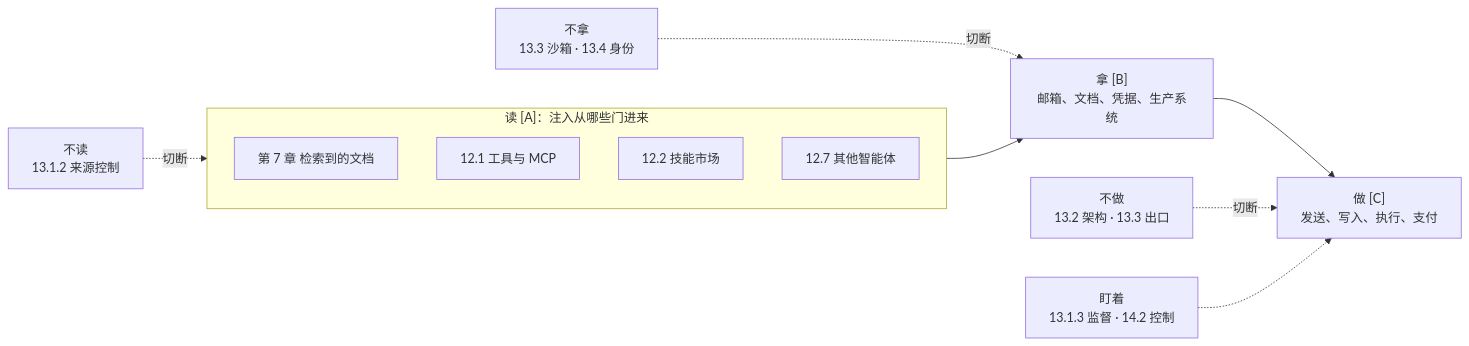
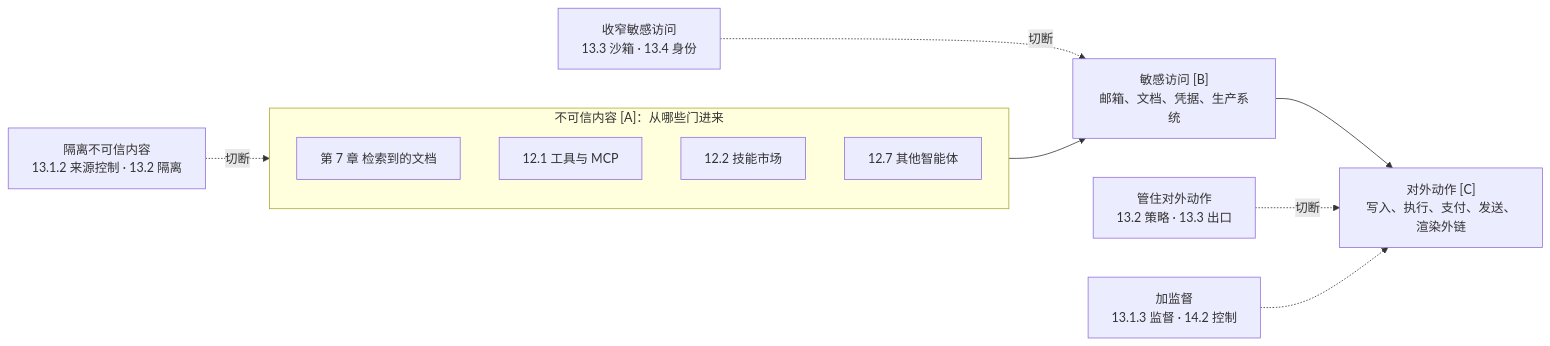
The diagram in 11_agent_foundations/README.md (yeasy/ai_security_guide), drawn with Mermaid before and after one commit. The commit also changed other lines of this file and 10 other files, not shown here.

First line of the commit message:
docs(智能体篇): 主线改为「不可信内容 / 敏感访问 / 对外动作」，并按不可信来源组织安全模型

````diff
--- a/11_agent_foundations/README.md
+++ b/11_agent_foundations/README.md
@@ -15,15 +19,15 @@
 ```mermaid
 flowchart LR
-    subgraph read ["读 [A]：注入从哪些门进来"]
+    subgraph read ["不可信内容 [A]：从哪些门进来"]
     R1["第 7 章 检索到的文档"]
     R2["12.1 工具与 MCP"]
     R3["12.2 技能市场"]
     R4["12.7 其他智能体"]
     end
-    read --> B["拿 [B]<br/>邮箱、文档、凭据、生产系统"]
-    B --> C["做 [C]<br/>发送、写入、执行、支付"]
-    D1["不读<br/>13.1.2 来源控制"] -.->|"切断"| read
-    D2["不拿<br/>13.3 沙箱 · 13.4 身份"] -.->|"切断"| B
-    D3["不做<br/>13.2 架构 · 13.3 出口"] -.->|"切断"| C
-    D4["盯着<br/>13.1.3 监督 · 14.2 控制"] -.-> C
+    read --> B["敏感访问 [B]<br/>邮箱、文档、凭据、生产系统"]
+    B --> C["对外动作 [C]<br/>写入、执行、支付、发送、渲染外链"]
+    D1["隔离不可信内容<br/>13.1.2 来源控制 · 13.2 隔离"] -.->|"切断"| read
+    D2["收窄敏感访问<br/>13.3 沙箱 · 13.4 身份"] -.->|"切断"| B
+    D3["管住对外动作<br/>13.2 策略 · 13.3 出口"] -.->|"切断"| C
+    D4["加监督<br/>13.1.3 监督 · 14.2 控制"] -.-> C
 ```
````
